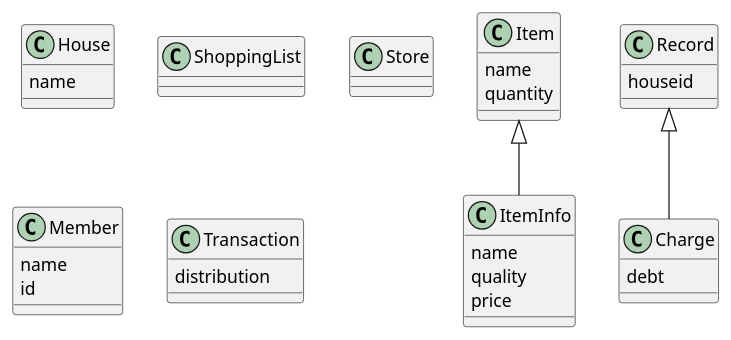
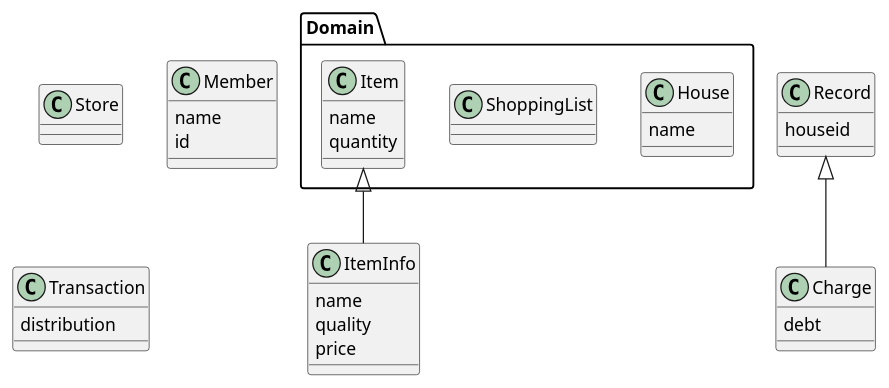
Before and after one commit to willemnielsen/House-App: the fourth of 4 diagrams in doc/design.md, drawn with PlantUML. The commit also changed other lines of this file and 15 other files, not shown here.

Commit message:
refactored class into Domain package; added HouseController and TerminalController

````diff
--- a/doc/design.md
+++ b/doc/design.md
@@ -115,38 +115,38 @@
 ```plantuml
 @startuml
 
-class House {
+class Domain.House {
     name
     }
 
-class ShoppingList
-class Item {
+class Domain.ShoppingList
+class Domain.Item {
     name
     quantity 
     }
 class ItemInfo {
     name
     quality
     price
     }
 class Store
 class Member {
     name
     id
     }
 
 class Transaction {
     distribution
     }
 class Record { 
     houseid
 }
 
 class Charge{
     debt
 }
-Item <|-- ItemInfo 
+Domain.Item <|-- ItemInfo 
 
 Record <|-- Charge
 @enduml
 ```
````
